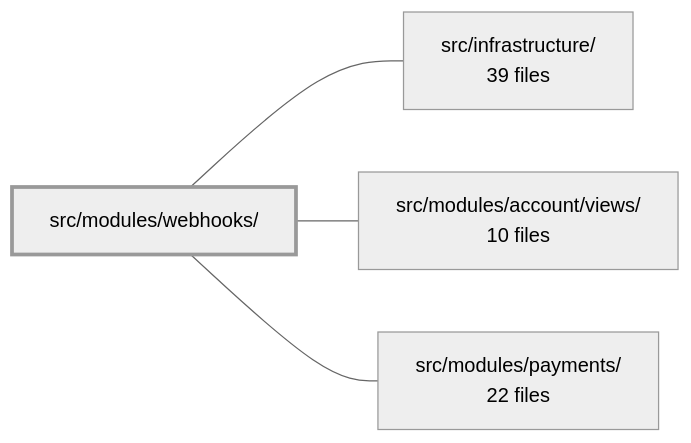
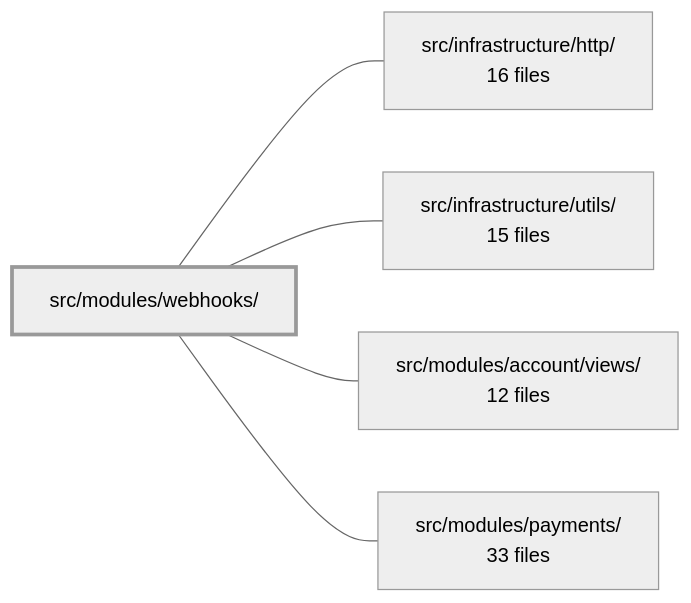
One commit to Guebbit/boilerplate-vue-frontend changed the diagram in .2brain/modules/boilerplate-vue-frontend_src_modules_webhooks.md. Above: the diagram before and after it, drawn with Mermaid (neutral theme). The commit also changed other lines of this file and 960 other files, not shown here.

````diff
--- a/.2brain/modules/boilerplate-vue-frontend_src_modules_webhooks.md
+++ b/.2brain/modules/boilerplate-vue-frontend_src_modules_webhooks.md
@@ -39,11 +40,13 @@
 ```mermaid
 flowchart LR
     m_src_modules_webhooks["src/modules/webhooks/"]
-    m_src_infrastructure["src/infrastructure/<br/>39 files"]
-    m_src_modules_account_views["src/modules/account/views/<br/>10 files"]
-    m_src_modules_payments["src/modules/payments/<br/>22 files"]
-    m_src_modules_webhooks --- m_src_infrastructure
+    m_src_infrastructure_http["src/infrastructure/http/<br/>16 files"]
+    m_src_infrastructure_utils["src/infrastructure/utils/<br/>15 files"]
+    m_src_modules_account_views["src/modules/account/views/<br/>12 files"]
+    m_src_modules_payments["src/modules/payments/<br/>33 files"]
+    m_src_modules_webhooks --- m_src_infrastructure_http
+    m_src_modules_webhooks --- m_src_infrastructure_utils
     m_src_modules_webhooks --- m_src_modules_account_views
     m_src_modules_webhooks --- m_src_modules_payments
     style m_src_modules_webhooks stroke-width:3px
 ```
````
